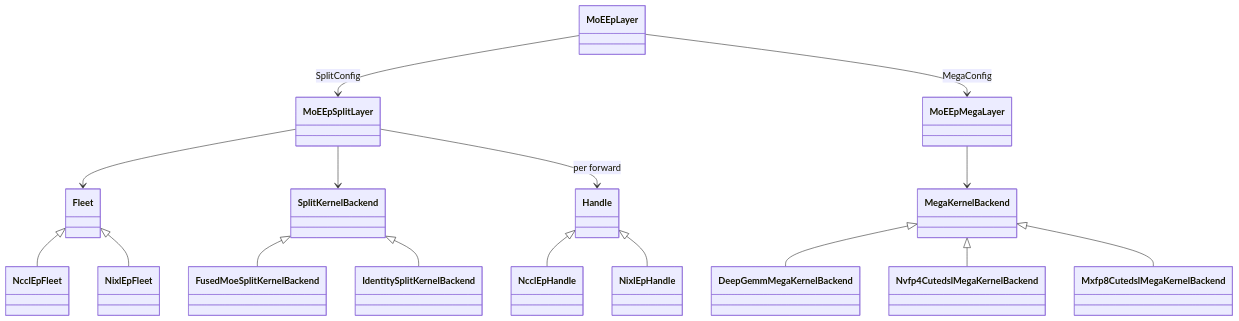
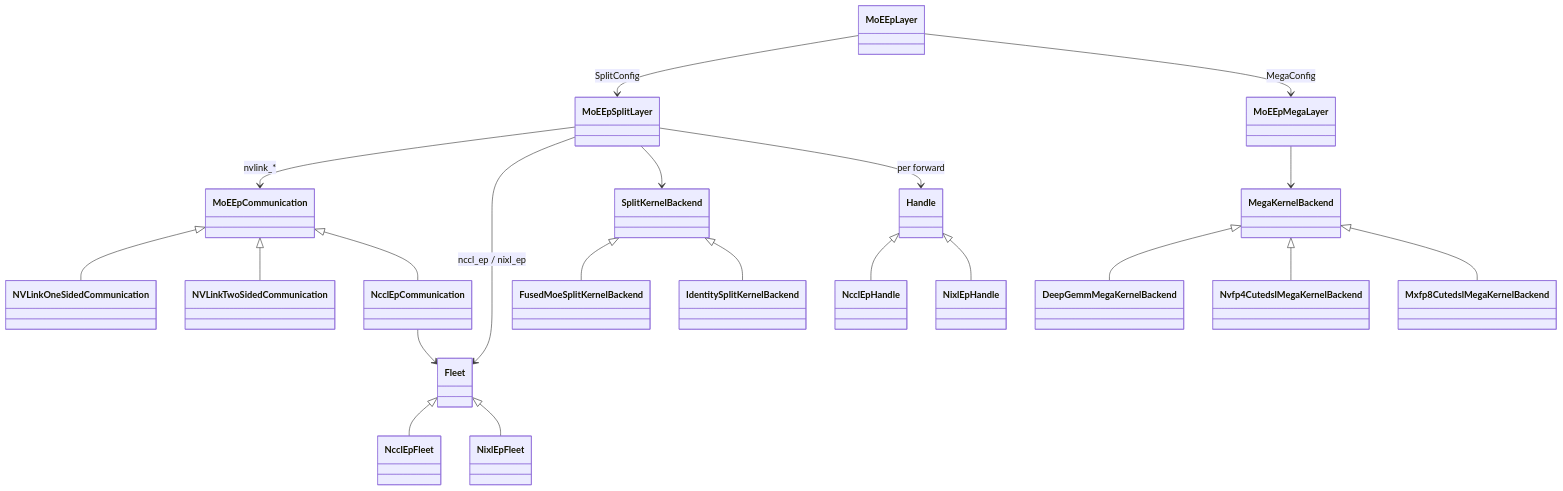
Before and after one commit to flashinfer-ai/flashinfer: the second of 4 diagrams in docs/design_docs/moe_ep_architecture.md, drawn with Mermaid. The commit also changed other lines of this file and 26 other files, not shown here.

````diff
--- a/docs/design_docs/moe_ep_architecture.md
+++ b/docs/design_docs/moe_ep_architecture.md
@@ -301,24 +330,30 @@
 ```mermaid
 classDiagram
     direction TB
 
     MoEEpLayer --> MoEEpSplitLayer : SplitConfig
     MoEEpLayer --> MoEEpMegaLayer : MegaConfig
 
-    MoEEpSplitLayer --> Fleet
+    MoEEpSplitLayer --> MoEEpCommunication : nvlink_*
+    MoEEpSplitLayer --> Fleet : nccl_ep / nixl_ep
     MoEEpSplitLayer --> SplitKernelBackend
     MoEEpSplitLayer --> Handle : per forward
+
+    MoEEpCommunication <|-- NVLinkOneSidedCommunication
+    MoEEpCommunication <|-- NVLinkTwoSidedCommunication
+    MoEEpCommunication <|-- NcclEpCommunication
+    NcclEpCommunication --> Fleet
 
     MoEEpMegaLayer --> MegaKernelBackend
 
     Fleet <|-- NcclEpFleet
     Fleet <|-- NixlEpFleet
     Handle <|-- NcclEpHandle
     Handle <|-- NixlEpHandle
 
     SplitKernelBackend <|-- FusedMoeSplitKernelBackend
     SplitKernelBackend <|-- IdentitySplitKernelBackend
     MegaKernelBackend <|-- DeepGemmMegaKernelBackend
     MegaKernelBackend <|-- Nvfp4CutedslMegaKernelBackend
     MegaKernelBackend <|-- Mxfp8CutedslMegaKernelBackend
 ```
````
